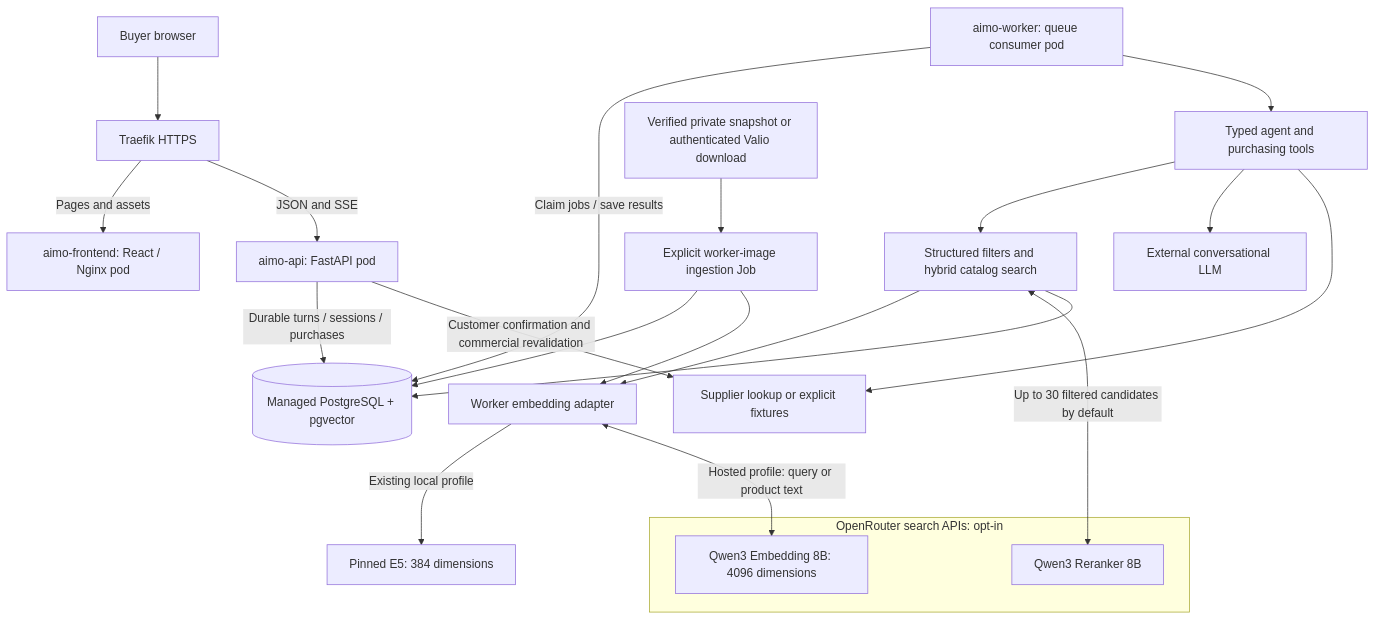
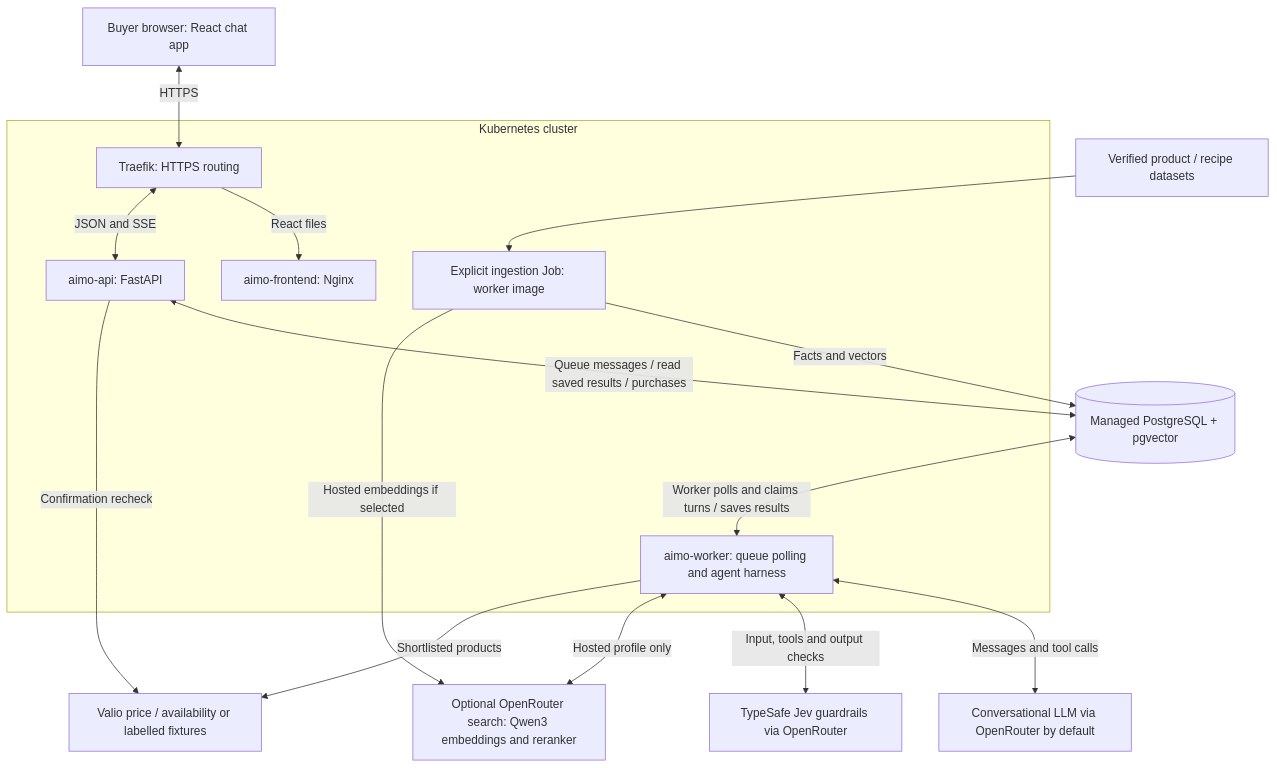
Before and after one commit to Junction-Best-Team/Main-Application: the first of 4 diagrams in docs/architecture.md, drawn with Mermaid. The commit also changed other lines of this file, not shown here.

Commit message:
docs: complete existing architecture and agent harness description

````diff
--- a/docs/architecture.md
+++ b/docs/architecture.md
@@ -12,25 +13,31 @@
 ```mermaid
 flowchart TB
-    Buyer[Buyer browser] --> Ingress[Traefik HTTPS]
-    Ingress -->|Pages and assets| Frontend[aimo-frontend: React / Nginx pod]
-    Ingress -->|JSON and SSE| API[aimo-api: FastAPI pod]
-    API -->|Durable turns / sessions / purchases| DB[(Managed PostgreSQL + pgvector)]
-    Worker[aimo-worker: queue consumer pod] -->|Claim jobs / save results| DB
-    Worker --> Agent[Typed agent and purchasing tools]
-    Agent --> Search[Structured filters and hybrid catalog search]
-    Search --> Embeddings[Worker embedding adapter]
-    Embeddings -->|Existing local profile| LocalModel[Pinned E5: 384 dimensions]
-    subgraph HostedSearch[OpenRouter search APIs: opt-in]
-        RemoteEmbeddings[Qwen3 Embedding 8B: 4096 dimensions]
-        Reranker[Qwen3 Reranker 8B]
+    Buyer[Buyer browser: React chat app]
+    subgraph Cluster[Kubernetes cluster]
+        Ingress[Traefik: HTTPS routing]
+        Frontend[aimo-frontend: Nginx]
+        API[aimo-api: FastAPI]
+        Worker[aimo-worker: queue polling and agent harness]
+        Importer[Explicit ingestion Job: worker image]
     end
-    Embeddings <-->|Hosted profile: query or product text| RemoteEmbeddings
-    Search <-->|Up to 30 filtered candidates by default| Reranker
-    Search --> DB
-    Agent --> Provider[External conversational LLM]
-    Agent --> Supplier[Supplier lookup or explicit fixtures]
-    API -->|Customer confirmation and commercial revalidation| Supplier
-    Catalog[Verified private snapshot or authenticated Valio download] --> Importer
-    Importer[Explicit worker-image ingestion Job] --> DB
-    Importer --> Embeddings
+    DB[(Managed PostgreSQL + pgvector)]
+    Provider[Conversational LLM via OpenRouter by default]
+    Jev[TypeSafe Jev guardrails via OpenRouter]
+    HostedSearch[Optional OpenRouter search: Qwen3 embeddings and reranker]
+    Supplier[Valio price / availability or labelled fixtures]
+    Catalog[Verified product / recipe datasets]
+
+    Buyer <-->|HTTPS| Ingress
+    Ingress -->|React files| Frontend
+    Ingress <-->|JSON and SSE| API
+    API <-->|Queue messages / read saved results / purchases| DB
+    DB <-->|Worker polls and claims turns / saves results| Worker
+    Worker <-->|Messages and tool calls| Provider
+    Worker <-->|Input, tools and output checks| Jev
+    Worker <-->|Hosted profile only| HostedSearch
+    Worker -->|Shortlisted products| Supplier
+    API -->|Confirmation recheck| Supplier
+    Catalog --> Importer
+    Importer -->|Facts and vectors| DB
+    Importer -->|Hosted embeddings if selected| HostedSearch
 ```
````
